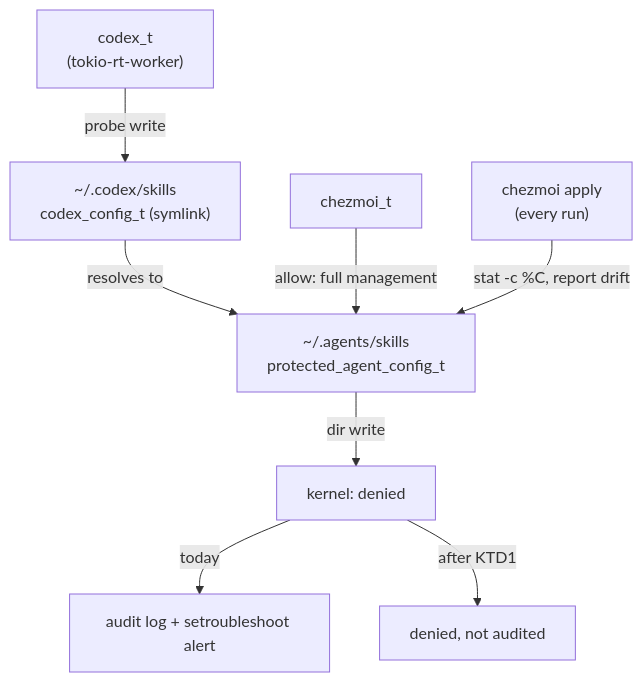
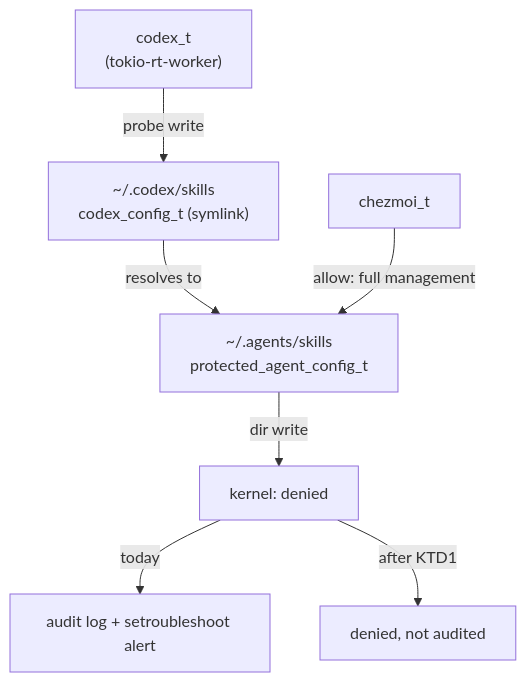
One commit to hyperlapse122/dotfiles changed the diagram in docs/plans/2026-09-07-0917-fix-selinux-codex-skills-root-write-denial-plan.md. Above: the diagram before and after it, drawn with Mermaid. The commit also changed other lines of this file and 5 other files, not shown here.

````diff
--- a/docs/plans/2026-09-07-0917-fix-selinux-codex-skills-root-write-denial-plan.md
+++ b/docs/plans/2026-09-07-0917-fix-selinux-codex-skills-root-write-denial-plan.md
@@ -125,10 +125,9 @@
 ```mermaid
 flowchart TB
   codex["codex_t<br/>(tokio-rt-worker)"] -->|"probe write"| link["~/.codex/skills<br/>codex_config_t (symlink)"]
   link -->|resolves to| root["~/.agents/skills<br/>protected_agent_config_t"]
   root -->|"dir write"| deny["kernel: denied"]
   deny -->|today| audit["audit log + setroubleshoot alert"]
   deny -->|after KTD1| quiet["denied, not audited"]
   chezmoi["chezmoi_t"] -->|"allow: full management"| root
-  apply["chezmoi apply<br/>(every run)"] -->|"stat -c %C, report drift"| root
 ```
````
